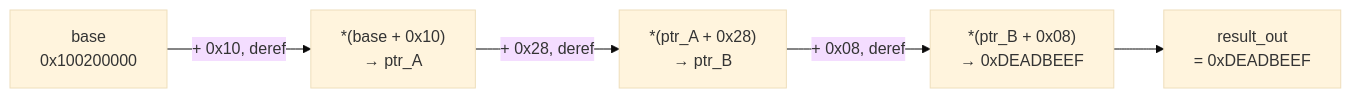
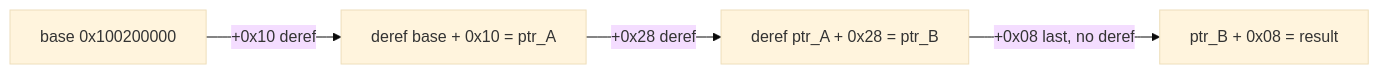
Before and after one commit to Batchhh/libspecter: diagram 15 of 20 in docs/architecture.md, drawn with Mermaid (base theme). The commit also changed other lines of this file and 7 other files, not shown here.

````diff
--- a/docs/architecture.md
+++ b/docs/architecture.md
@@ -349,13 +401,11 @@
 ```mermaid
 flowchart LR
-    base["base<br/>0x100200000"]
-    deref1["*(base + 0x10)<br/>→ ptr_A"]
-    deref2["*(ptr_A + 0x28)<br/>→ ptr_B"]
-    deref3["*(ptr_B + 0x08)<br/>→ 0xDEADBEEF"]
-    result["result_out<br/>= 0xDEADBEEF"]
+    base[base 0x100200000]
+    deref1[deref base + 0x10 = ptr_A]
+    deref2[deref ptr_A + 0x28 = ptr_B]
+    final[ptr_B + 0x08 = result]
 
-    base -->|"+ 0x10, deref"| deref1
-    deref1 -->|"+ 0x28, deref"| deref2
-    deref2 -->|"+ 0x08, deref"| deref3
-    deref3 --> result
+    base -->|+0x10 deref| deref1
+    deref1 -->|+0x28 deref| deref2
+    deref2 -->|+0x08 last, no deref| final
 ```
````
